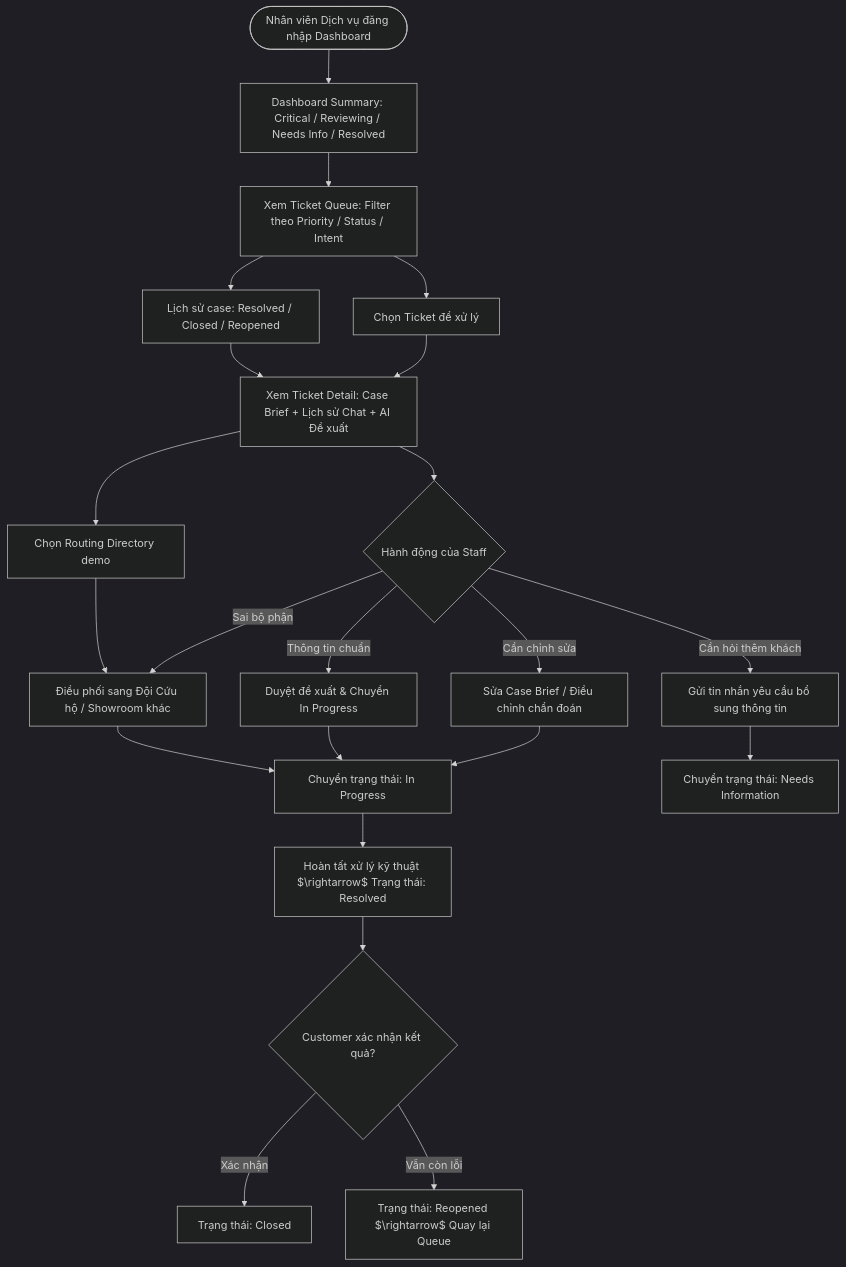
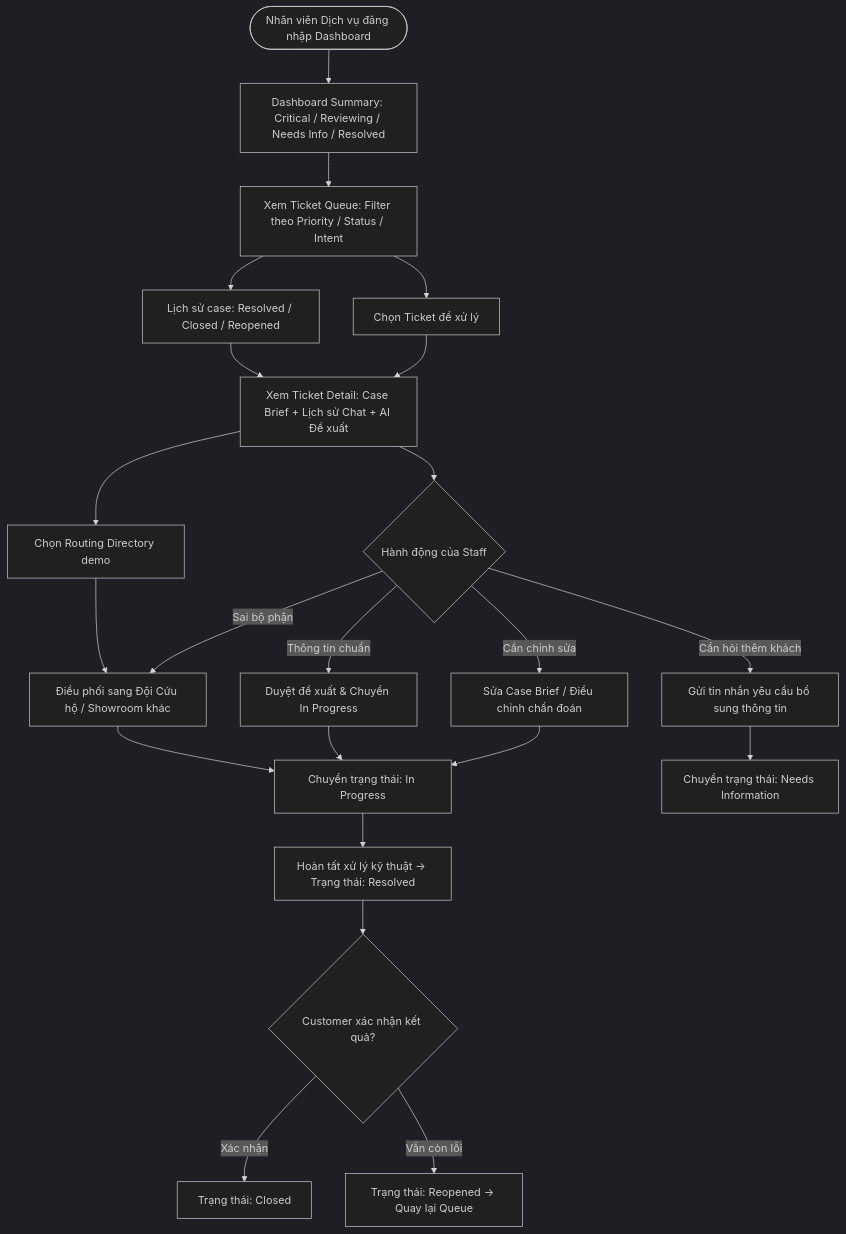
Before and after one commit to TheViet298/viet-ai: the sixth of 9 diagrams in docs/product/user-flows.md, drawn with Mermaid (dark theme). The commit also changed other lines of this file, not shown here.

Commit message:
docs(product): expand user-flows with detailed sequence diagrams and operational notes

````diff
--- a/docs/product/user-flows.md
+++ b/docs/product/user-flows.md
@@ -139,29 +273,29 @@
 ```mermaid
 flowchart TD
     StaffLogin([Nhân viên Dịch vụ đăng nhập Dashboard]) --> Dashboard[Dashboard Summary: Critical / Reviewing / Needs Info / Resolved]
     Dashboard --> ViewQueue[Xem Ticket Queue: Filter theo Priority / Status / Intent]
     ViewQueue --> SelectTicket[Chọn Ticket để xử lý]
     SelectTicket --> ViewDetail[Xem Ticket Detail: Case Brief + Lịch sử Chat + AI Đề xuất]
     
     ViewDetail --> StaffAction{Hành động của Staff}
     
     StaffAction -->|Thông tin chuẩn| Approve[Duyệt đề xuất & Chuyển In Progress]
     StaffAction -->|Cần chỉnh sửa| EditBrief[Sửa Case Brief / Điều chỉnh chẩn đoán]
     StaffAction -->|Sai bộ phận| Reroute[Điều phối sang Đội Cứu hộ / Showroom khác]
     StaffAction -->|Cần hỏi thêm khách| AskCustomer[Gửi tin nhắn yêu cầu bổ sung thông tin]
     
     EditBrief --> InProgress[Chuyển trạng thái: In Progress]
     Approve --> InProgress
     Reroute --> InProgress
     AskCustomer --> AwaitingCust[Chuyển trạng thái: Needs Information]
     
-    InProgress --> ResolveTicket[Hoàn tất xử lý kỹ thuật $\rightarrow$ Trạng thái: Resolved]
+    InProgress --> ResolveTicket[Hoàn tất xử lý kỹ thuật → Trạng thái: Resolved]
     ResolveTicket --> ConfirmCustomer{Customer xác nhận kết quả?}
     ConfirmCustomer -->|Xác nhận| CloseTicket[Trạng thái: Closed]
-    ConfirmCustomer -->|Vẫn còn lỗi| ReopenTicket[Trạng thái: Reopened $\rightarrow$ Quay lại Queue]
+    ConfirmCustomer -->|Vẫn còn lỗi| ReopenTicket[Trạng thái: Reopened → Quay lại Queue]
 
     ViewQueue --> CaseHistory[Lịch sử case: Resolved / Closed / Reopened]
     CaseHistory --> ViewDetail
     ViewDetail --> RoutingDirectory[Chọn Routing Directory demo]
     RoutingDirectory --> Reroute
 ```
````
